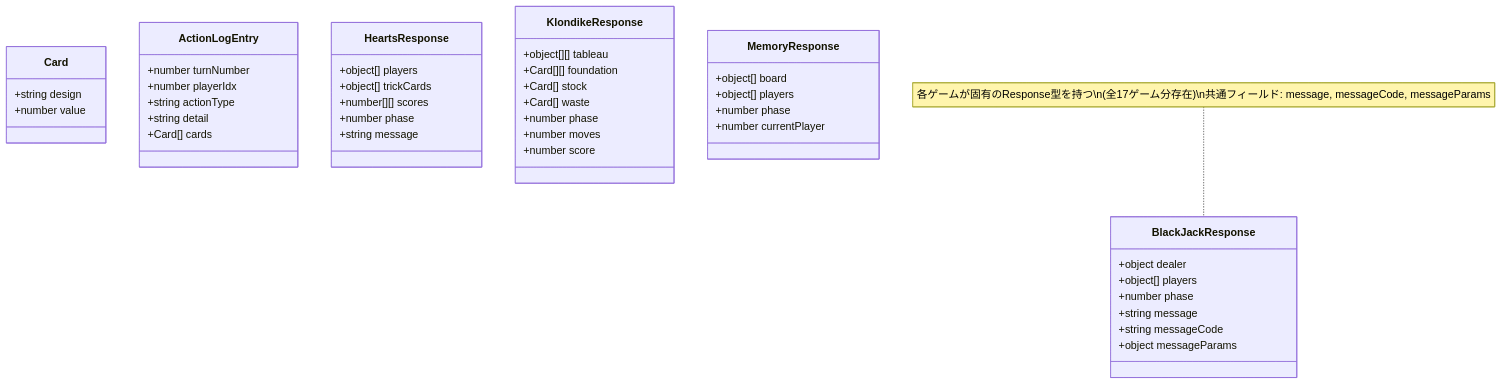
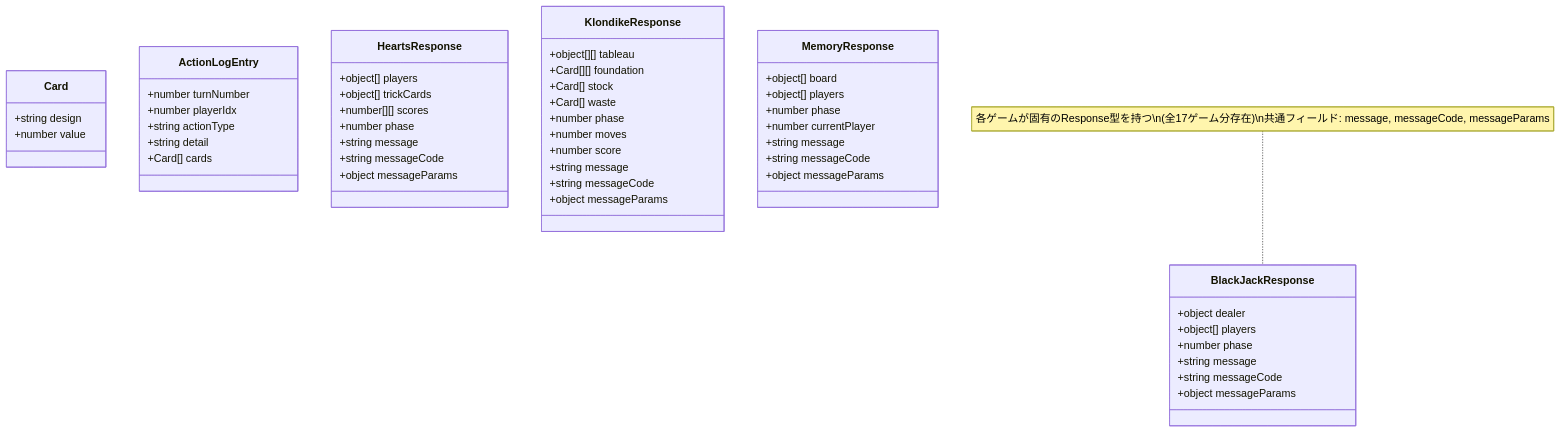
The first of 16 diagrams in docs/design/frontend.md (yuta-yoshinaga/go_trumpcards), drawn with Mermaid before and after one commit. The commit also changed other lines of this file and 1 other file, not shown here.

Commit message:
fix: address PR review feedback for UML design docs
- Fix OldMaidPlayer inheritance: GamePlayer, not RankedGamePlayer
- Remove DoubtPhase enum from frontend diagram (not in phases.ts)
- Fix Card field names to match actual Go code (lowercase unexported)
- Fix ChipHolder composition direction (GamePlayer owns ChipHolder)
- Add missing common fields (messageCode, messageParams) to Response types

````diff
--- a/docs/design/frontend.md
+++ b/docs/design/frontend.md
@@ -32,51 +32,59 @@
 ```mermaid
 classDiagram
     class Card {
         +string design
         +number value
     }
 
     class ActionLogEntry {
         +number turnNumber
         +number playerIdx
         +string actionType
         +string detail
         +Card[] cards
     }
 
     class BlackJackResponse {
         +object dealer
         +object[] players
         +number phase
         +string message
         +string messageCode
         +object messageParams
     }
 
     class HeartsResponse {
         +object[] players
         +object[] trickCards
         +number[][] scores
         +number phase
         +string message
+        +string messageCode
+        +object messageParams
     }
 
     class KlondikeResponse {
         +object[][] tableau
         +Card[][] foundation
         +Card[] stock
         +Card[] waste
         +number phase
         +number moves
         +number score
+        +string message
+        +string messageCode
+        +object messageParams
     }
 
     class MemoryResponse {
         +object[] board
         +object[] players
         +number phase
         +number currentPlayer
+        +string message
+        +string messageCode
+        +object messageParams
     }
 
     note for BlackJackResponse "各ゲームが固有のResponse型を持つ\n(全17ゲーム分存在)\n共通フィールド: message, messageCode, messageParams"
 ```
````
